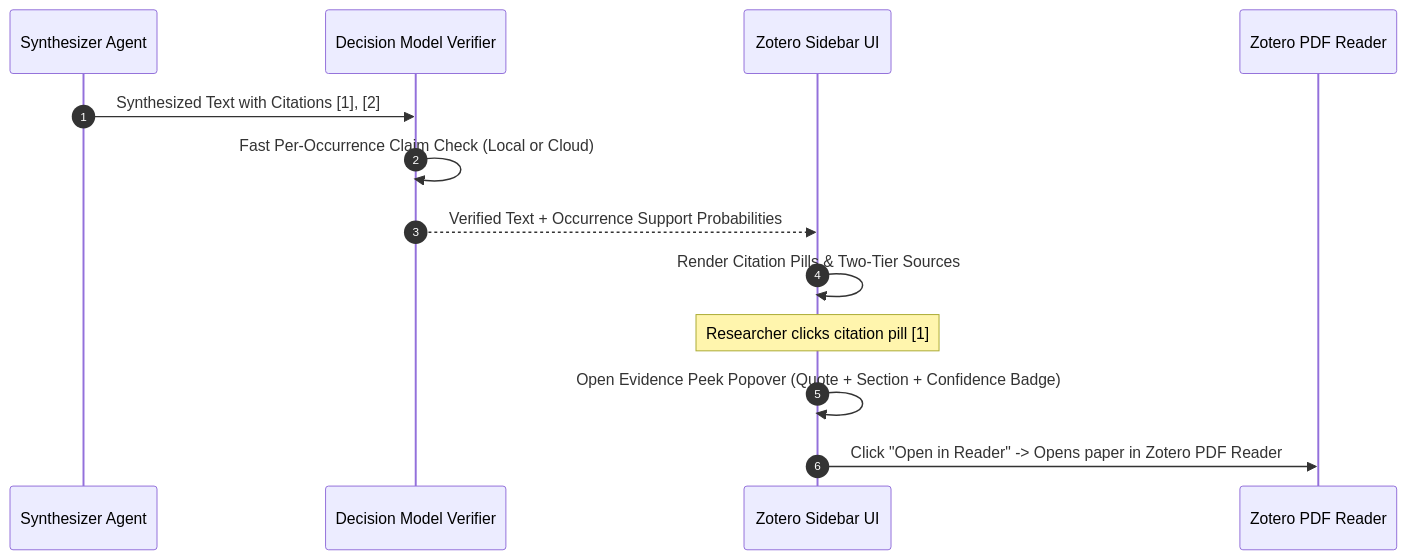
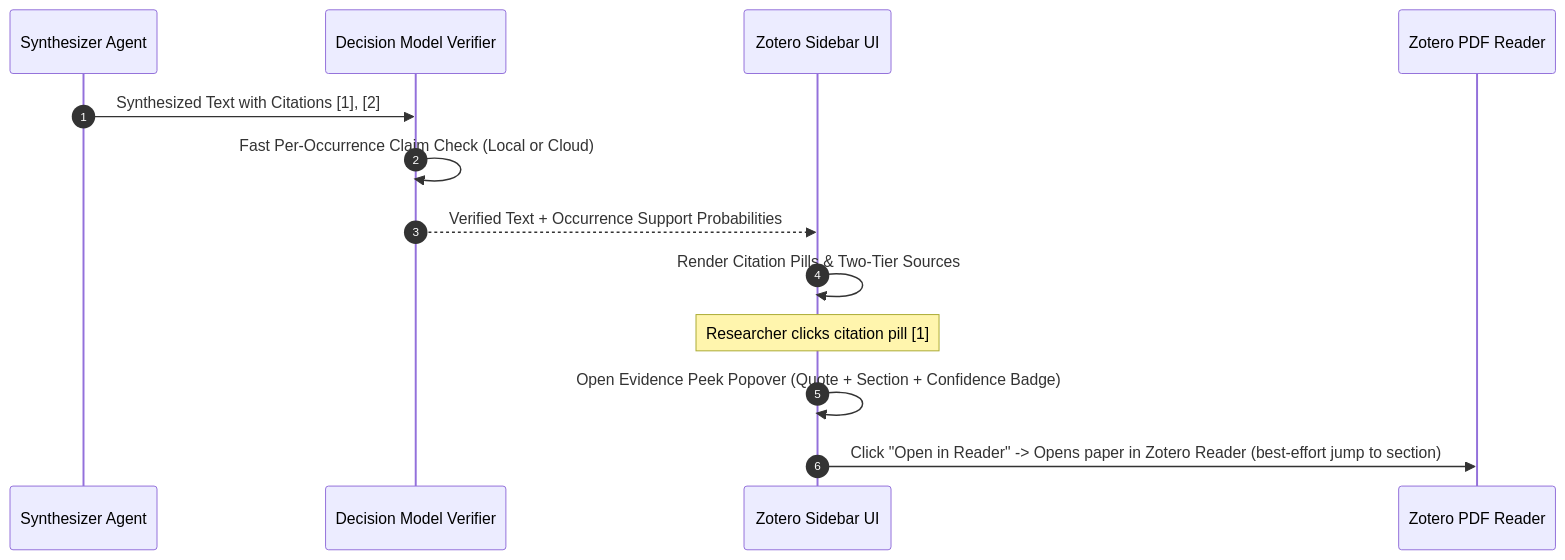
One commit to alexplaka/Zocrates changed the fourth of 6 diagrams in docs/guides/why-zocrates.md. Above: the diagram before and after it, drawn with Mermaid. The commit also changed other lines of this file and 9 other files, not shown here.

````diff
--- a/docs/guides/why-zocrates.md
+++ b/docs/guides/why-zocrates.md
@@ -233,16 +233,16 @@
 ```mermaid
 sequenceDiagram
     autonumber
     participant Synth as Synthesizer Agent
     participant Verifier as Decision Model Verifier
     participant UI as Zotero Sidebar UI
     participant Reader as Zotero PDF Reader
 
     Synth->>Verifier: Synthesized Text with Citations [1], [2]
     Verifier->>Verifier: Fast Per-Occurrence Claim Check (Local or Cloud)
     Verifier-->>UI: Verified Text + Occurrence Support Probabilities
     UI->>UI: Render Citation Pills & Two-Tier Sources
     Note over UI: Researcher clicks citation pill [1]
     UI->>UI: Open Evidence Peek Popover (Quote + Section + Confidence Badge)
-    UI->>Reader: Click "Open in Reader" -> Opens paper in Zotero PDF Reader
+    UI->>Reader: Click "Open in Reader" -> Opens paper in Zotero Reader (best-effort jump to section)
 ```
````
